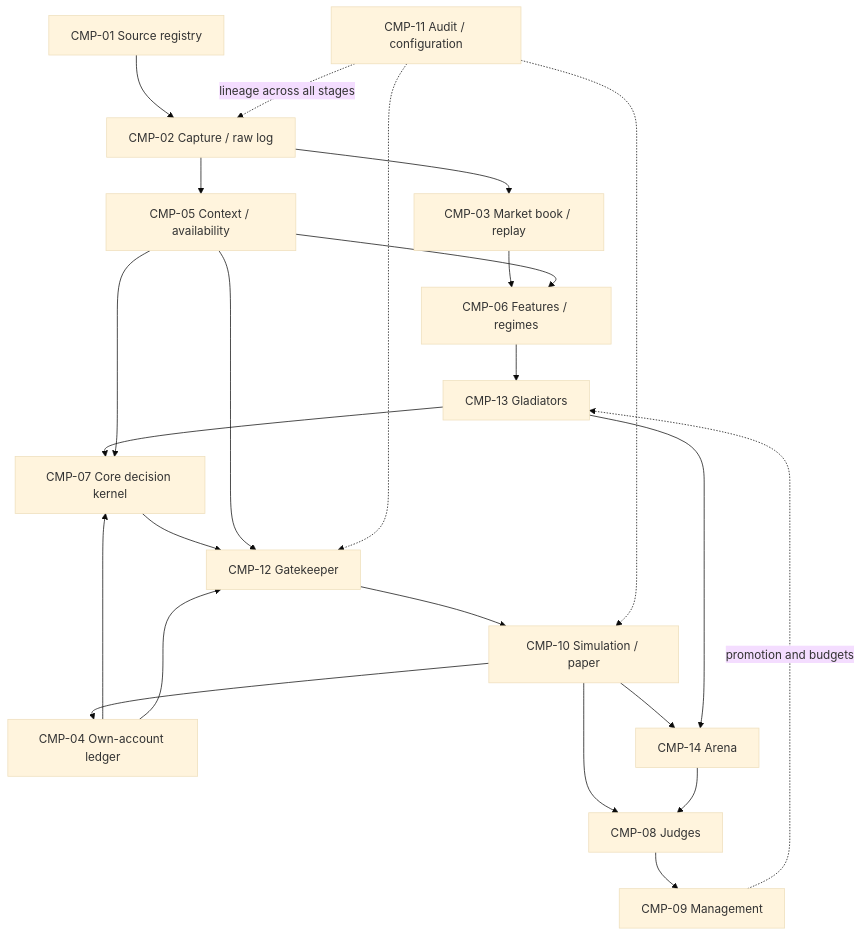
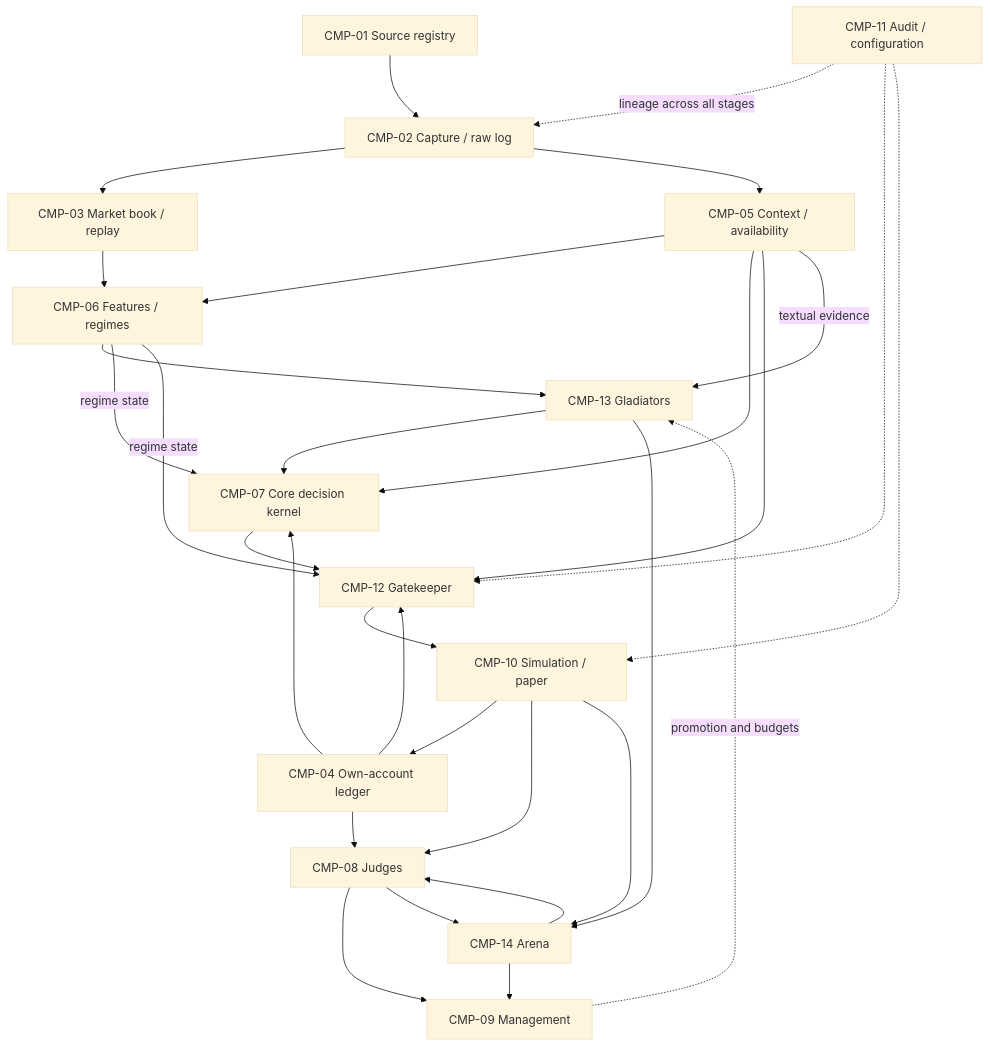
Before and after one commit to akibrahimug/gladiators: the diagram in docs/architecture/README.md, drawn with Mermaid (base theme). The commit also changed other lines of this file and 17 other files, not shown here.

````diff
--- a/docs/architecture/README.md
+++ b/docs/architecture/README.md
@@ -19,26 +19,32 @@
 ```mermaid
 flowchart TD
   S["CMP-01 Source registry"] --> I["CMP-02 Capture / raw log"]
   I --> B["CMP-03 Market book / replay"]
   I --> X["CMP-05 Context / availability"]
   B --> F["CMP-06 Features / regimes"]
   X --> F
   F --> G["CMP-13 Gladiators"]
   G --> C["CMP-07 Core decision kernel"]
   X --> C
   C --> K["CMP-12 Gatekeeper"]
   X --> K
   L["CMP-04 Own-account ledger"] --> C
   L --> K
   K --> T["CMP-10 Simulation / paper"]
   T --> L
   T --> J["CMP-08 Judges"]
   T --> R["CMP-14 Arena"]
   G --> R
   R --> J
   J --> M["CMP-09 Management"]
   M -. "promotion and budgets" .-> G
+  F -- "regime state" --> C
+  F -- "regime state" --> K
+  X -- "textual evidence" --> G
+  L --> J
+  J --> R
+  R --> M
   A["CMP-11 Audit / configuration"] -. "lineage across all stages" .-> I
   A -.-> K
   A -.-> T
 ```
````
